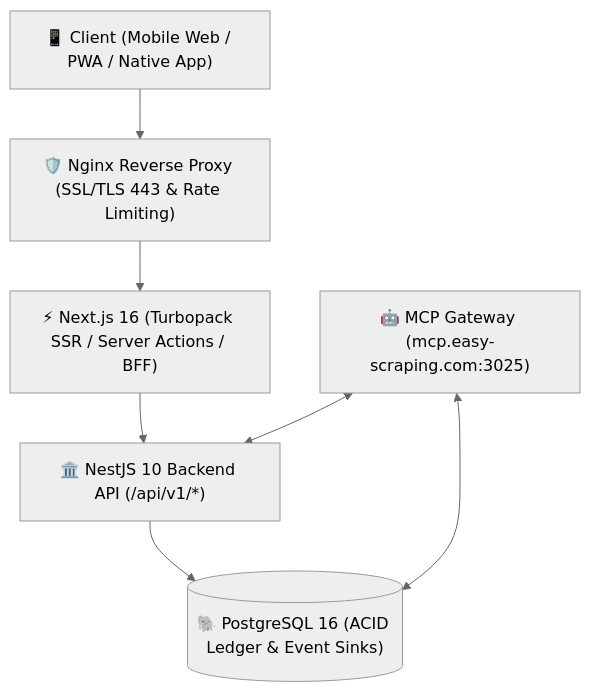
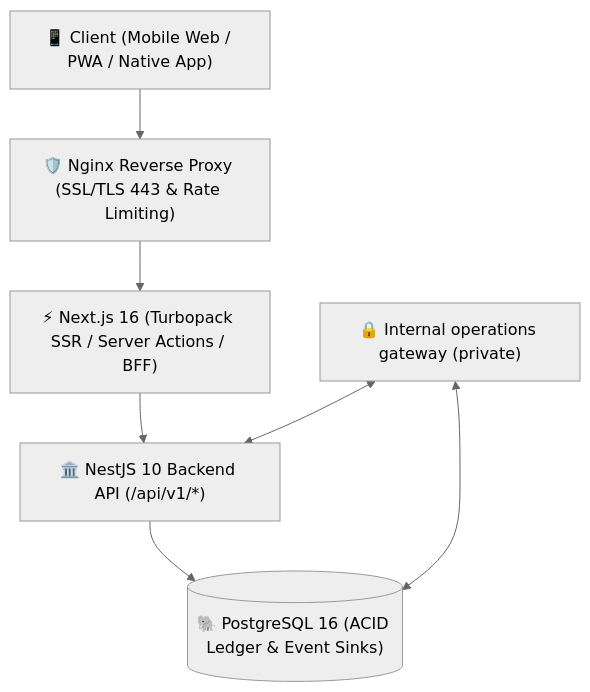
The diagram in docs/APP_SPEC_AND_USER_GUIDE.md (wtrdd1-hash/Woldeok-Moneyverse-Migration), drawn with Mermaid (neutral theme) before and after one commit. The commit also changed other lines of this file and 95 other files, not shown here.

````diff
--- a/docs/APP_SPEC_AND_USER_GUIDE.md
+++ b/docs/APP_SPEC_AND_USER_GUIDE.md
@@ -15,16 +15,16 @@
 ```mermaid
 flowchart TD
     Client["📱 Client (Mobile Web / PWA / Native App)"]
     Nginx["🛡️ Nginx Reverse Proxy (SSL/TLS 443 & Rate Limiting)"]
     BFF["⚡ Next.js 16 (Turbopack SSR / Server Actions / BFF)"]
     API["🏛️ NestJS 10 Backend API (/api/v1/*)"]
     DB[("🐘 PostgreSQL 16 (ACID Ledger & Event Sinks)")]
-    MCP["🤖 MCP Gateway (mcp.easy-scraping.com:3025)"]
+    MCP["🔒 Internal operations gateway (private)"]
 
     Client --> Nginx
     Nginx --> BFF
     BFF --> API
     API --> DB
     MCP <--> API
     MCP <--> DB
 ```
````
